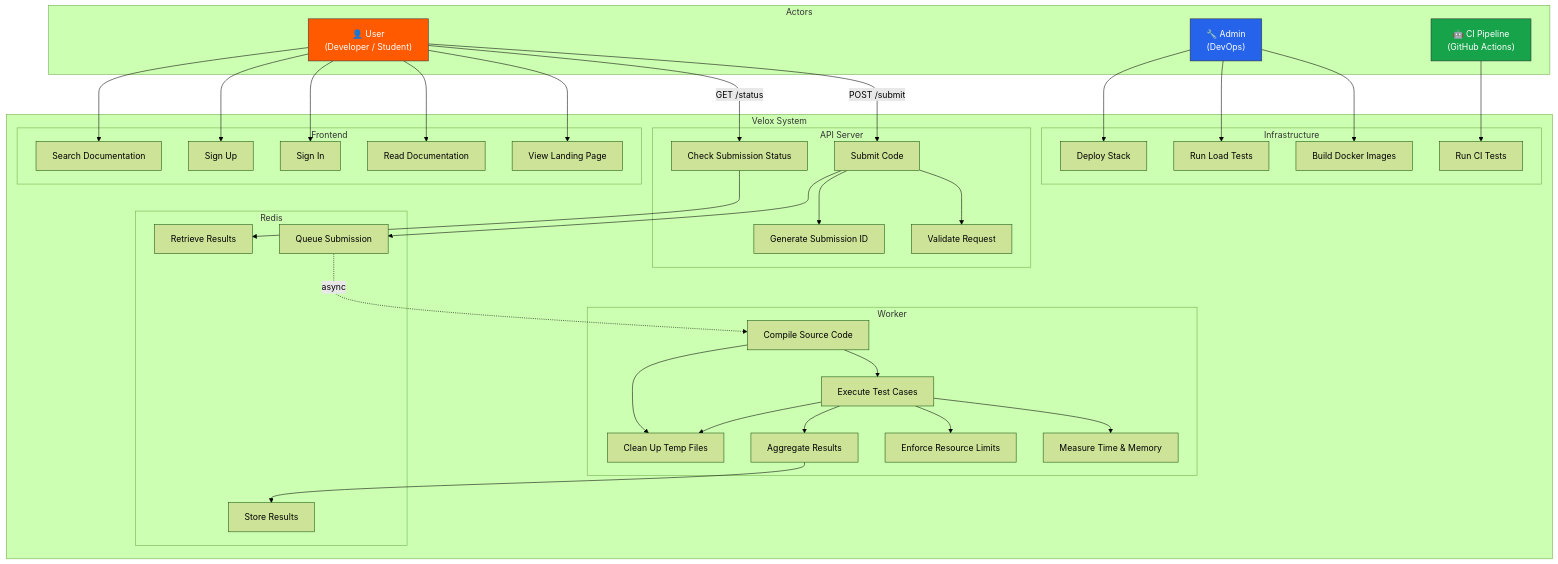
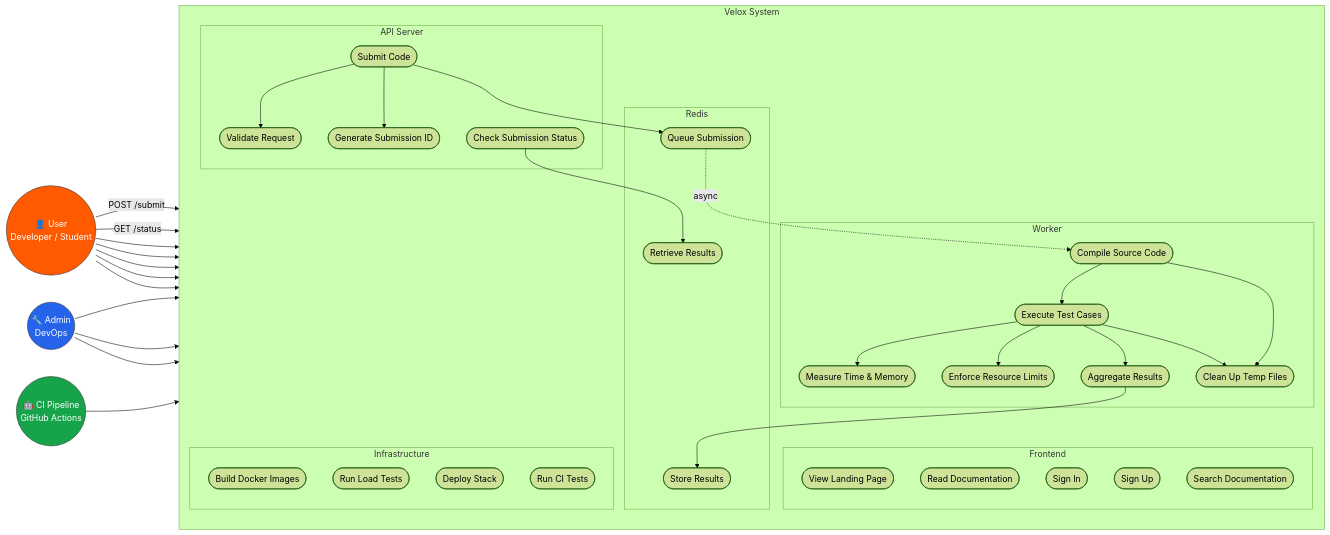
The first of 2 diagrams in system_design/04_use_case_diagram.md (mrstrange1708/velox), drawn with Mermaid (forest theme) before and after one commit. The commit also changed 6 other files, not shown here.

Commit message:
refactor: update TypeScript compilation to use system temp directory and npx, and clean up system design documentation diagrams

````diff
--- a/system_design/04_use_case_diagram.md
+++ b/system_design/04_use_case_diagram.md
@@ -9,80 +9,79 @@
 ```mermaid
-graph TB
-    subgraph Actors
-        User["👤 User<br/>(Developer / Student)"]
-        Admin["🔧 Admin<br/>(DevOps)"]
-        CI["🤖 CI Pipeline<br/>(GitHub Actions)"]
-    end
+flowchart LR
+    User((👤 User<br/>Developer / Student))
+    Admin((🔧 Admin<br/>DevOps))
+    CI((🤖 CI Pipeline<br/>GitHub Actions))
 
     subgraph "Velox System"
+        direction TB
         subgraph "API Server"
-            UC1["Submit Code"]
-            UC2["Check Submission Status"]
-            UC3["Validate Request"]
-            UC4["Generate Submission ID"]
+            UC1([Submit Code])
+            UC2([Check Submission Status])
+            UC3([Validate Request])
+            UC4([Generate Submission ID])
         end
 
         subgraph "Worker"
-            UC5["Compile Source Code"]
-            UC6["Execute Test Cases"]
-            UC7["Measure Time & Memory"]
-            UC8["Enforce Resource Limits"]
-            UC9["Aggregate Results"]
-            UC10["Clean Up Temp Files"]
+            UC5([Compile Source Code])
+            UC6([Execute Test Cases])
+            UC7([Measure Time & Memory])
+            UC8([Enforce Resource Limits])
+            UC9([Aggregate Results])
+            UC10([Clean Up Temp Files])
         end
 
         subgraph "Redis"
-            UC11["Queue Submission"]
-            UC12["Store Results"]
-            UC13["Retrieve Results"]
+            UC11([Queue Submission])
+            UC12([Store Results])
+            UC13([Retrieve Results])
         end
 
         subgraph "Frontend"
-            UC14["View Landing Page"]
-            UC15["Read Documentation"]
-            UC16["Sign In"]
-            UC17["Sign Up"]
-            UC18["Search Documentation"]
+            UC14([View Landing Page])
+            UC15([Read Documentation])
+            UC16([Sign In])
+            UC17([Sign Up])
+            UC18([Search Documentation])
         end
 
         subgraph "Infrastructure"
-            UC19["Build Docker Images"]
-            UC20["Run Load Tests"]
-            UC21["Deploy Stack"]
-            UC22["Run CI Tests"]
+            UC19([Build Docker Images])
+            UC20([Run Load Tests])
+            UC21([Deploy Stack])
+            UC22([Run CI Tests])
         end
     end
 
     User -->|"POST /submit"| UC1
     User -->|"GET /status"| UC2
     User --> UC14
     User --> UC15
     User --> UC16
     User --> UC17
     User --> UC18
 
     UC1 --> UC3
     UC1 --> UC4
     UC1 --> UC11
 
     UC2 --> UC13
 
     UC11 -.->|"async"| UC5
     UC5 --> UC6
     UC6 --> UC7
     UC6 --> UC8
     UC6 --> UC9
     UC9 --> UC12
     UC5 --> UC10
     UC6 --> UC10
 
     Admin --> UC19
     Admin --> UC20
     Admin --> UC21
 
     CI --> UC22
 
     style User fill:#ff5a00,color:#fff,stroke:#333
     style Admin fill:#2563eb,color:#fff,stroke:#333
     style CI fill:#16a34a,color:#fff,stroke:#333
 ```
````
